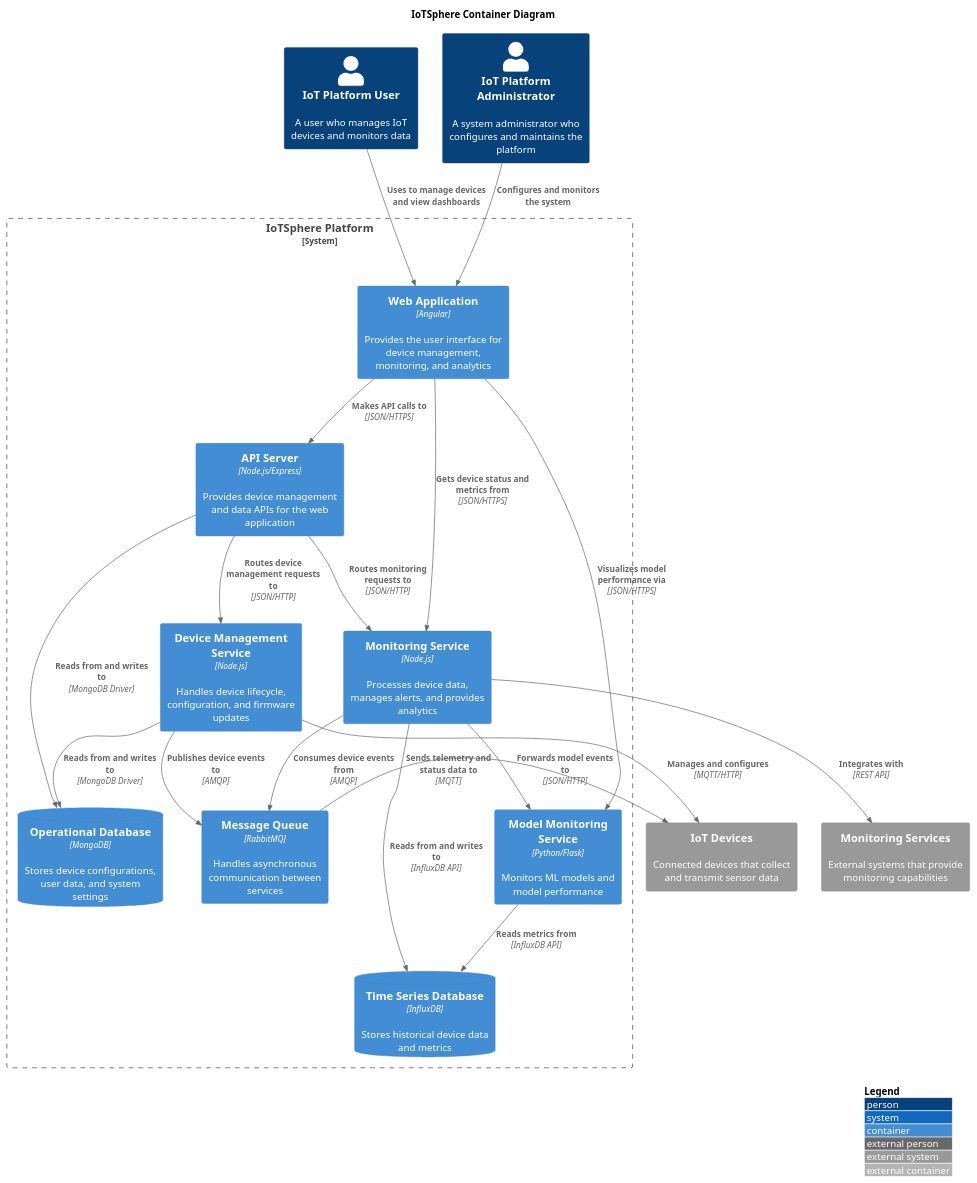
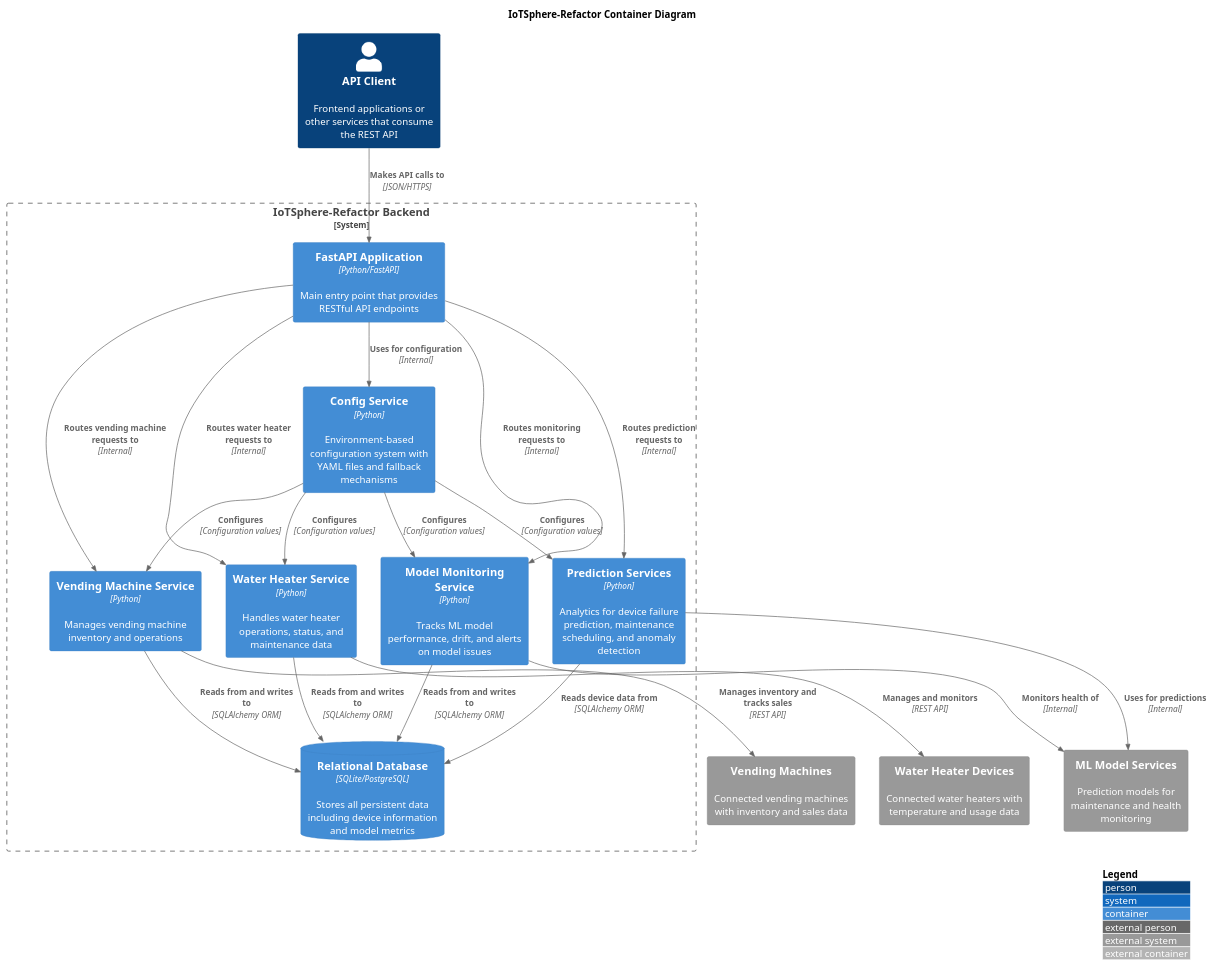
The diagram in docs/system-architecture/plantuml/container.puml (jamesenki/dashboards), drawn with PlantUML before and after one commit. The commit also changed 28 other files, not shown here.

```diff
--- a/docs/system-architecture/plantuml/container.puml
+++ b/docs/system-architecture/plantuml/container.puml
@@ -1,48 +1,46 @@
 @startuml Container Diagram
 !include <C4/C4_Container>
 
-title "IoTSphere Container Diagram"
+title "IoTSphere-Refactor Container Diagram"
 
-Person(user, "IoT Platform User", "A user who manages IoT devices and monitors data")
-Person(admin, "IoT Platform Administrator", "A system administrator who configures and maintains the platform")
+Person(api_client, "API Client", "Frontend applications or other services that consume the REST API")
 
-System_Boundary(iotSphere, "IoTSphere Platform") {
-    Container(webApp, "Web Application", "Angular", "Provides the user interface for device management, monitoring, and analytics")
-    Container(apiServer, "API Server", "Node.js/Express", "Provides device management and data APIs for the web application")
-    Container(deviceService, "Device Management Service", "Node.js", "Handles device lifecycle, configuration, and firmware updates")
-    Container(monitoringService, "Monitoring Service", "Node.js", "Processes device data, manages alerts, and provides analytics")
-    Container(modelMonitoringService, "Model Monitoring Service", "Python/Flask", "Monitors ML models and model performance")
-    ContainerDb(database, "Operational Database", "MongoDB", "Stores device configurations, user data, and system settings")
-    ContainerDb(timeseriesDB, "Time Series Database", "InfluxDB", "Stores historical device data and metrics")
-    Container(messageQueue, "Message Queue", "RabbitMQ", "Handles asynchronous communication between services")
+System_Boundary(iotsphere_refactor, "IoTSphere-Refactor Backend") {
+    Container(fastapi_app, "FastAPI Application", "Python/FastAPI", "Main entry point that provides RESTful API endpoints")
+    Container(config_service, "Config Service", "Python", "Environment-based configuration system with YAML files and fallback mechanisms")
+    Container(water_heater_service, "Water Heater Service", "Python", "Handles water heater operations, status, and maintenance data")
+    Container(vending_machine_service, "Vending Machine Service", "Python", "Manages vending machine inventory and operations")
+    Container(prediction_services, "Prediction Services", "Python", "Analytics for device failure prediction, maintenance scheduling, and anomaly detection")
+    Container(model_monitoring_service, "Model Monitoring Service", "Python", "Tracks ML model performance, drift, and alerts on model issues")
+    ContainerDb(database, "Relational Database", "SQLite/PostgreSQL", "Stores all persistent data including device information and model metrics")
 }
 
-System_Ext(devices, "IoT Devices", "Connected devices that collect and transmit sensor data")
-System_Ext(monitoringSystems, "Monitoring Services", "External systems that provide monitoring capabilities")
+System_Ext(water_heater, "Water Heater Devices", "Connected water heaters with temperature and usage data")
+System_Ext(vending_machine, "Vending Machines", "Connected vending machines with inventory and sales data")
+System_Ext(ml_models, "ML Model Services", "Prediction models for maintenance and health monitoring")
 
-Rel(user, webApp, "Uses to manage devices and view dashboards")
-Rel(admin, webApp, "Configures and monitors the system")
+Rel(api_client, fastapi_app, "Makes API calls to", "JSON/HTTPS")
 
-Rel(webApp, apiServer, "Makes API calls to", "JSON/HTTPS")
-Rel(webApp, monitoringService, "Gets device status and metrics from", "JSON/HTTPS")
-Rel(webApp, modelMonitoringService, "Visualizes model performance via", "JSON/HTTPS")
+Rel(fastapi_app, config_service, "Uses for configuration", "Internal")
+Rel(fastapi_app, water_heater_service, "Routes water heater requests to", "Internal")
+Rel(fastapi_app, vending_machine_service, "Routes vending machine requests to", "Internal")
+Rel(fastapi_app, prediction_services, "Routes prediction requests to", "Internal")
+Rel(fastapi_app, model_monitoring_service, "Routes monitoring requests to", "Internal")
 
-Rel(apiServer, deviceService, "Routes device management requests to", "JSON/HTTP")
-Rel(apiServer, monitoringService, "Routes monitoring requests to", "JSON/HTTP")
-Rel(apiServer, database, "Reads from and writes to", "MongoDB Driver")
+Rel(water_heater_service, database, "Reads from and writes to", "SQLAlchemy ORM")
+Rel(vending_machine_service, database, "Reads from and writes to", "SQLAlchemy ORM")
+Rel(prediction_services, database, "Reads device data from", "SQLAlchemy ORM")
+Rel(model_monitoring_service, database, "Reads from and writes to", "SQLAlchemy ORM")
 
-Rel(deviceService, messageQueue, "Publishes device events to", "AMQP")
-Rel(deviceService, database, "Reads from and writes to", "MongoDB Driver")
-Rel(deviceService, devices, "Manages and configures", "MQTT/HTTP")
+Rel(water_heater_service, water_heater, "Manages and monitors", "REST API")
+Rel(vending_machine_service, vending_machine, "Manages inventory and tracks sales", "REST API")
+Rel(prediction_services, ml_models, "Uses for predictions", "Internal")
+Rel(model_monitoring_service, ml_models, "Monitors health of", "Internal")
 
-Rel(monitoringService, messageQueue, "Consumes device events from", "AMQP")
-Rel(monitoringService, timeseriesDB, "Reads from and writes to", "InfluxDB API")
-Rel(monitoringService, modelMonitoringService, "Forwards model events to", "JSON/HTTP")
-Rel(monitoringService, monitoringSystems, "Integrates with", "REST API")
-
-Rel(modelMonitoringService, timeseriesDB, "Reads metrics from", "InfluxDB API")
-
-Rel_Back(devices, messageQueue, "Sends telemetry and status data to", "MQTT")
+Rel(config_service, water_heater_service, "Configures", "Configuration values")
+Rel(config_service, vending_machine_service, "Configures", "Configuration values")
+Rel(config_service, prediction_services, "Configures", "Configuration values")
+Rel(config_service, model_monitoring_service, "Configures", "Configuration values")
 
 LAYOUT_WITH_LEGEND()
 @enduml
```
